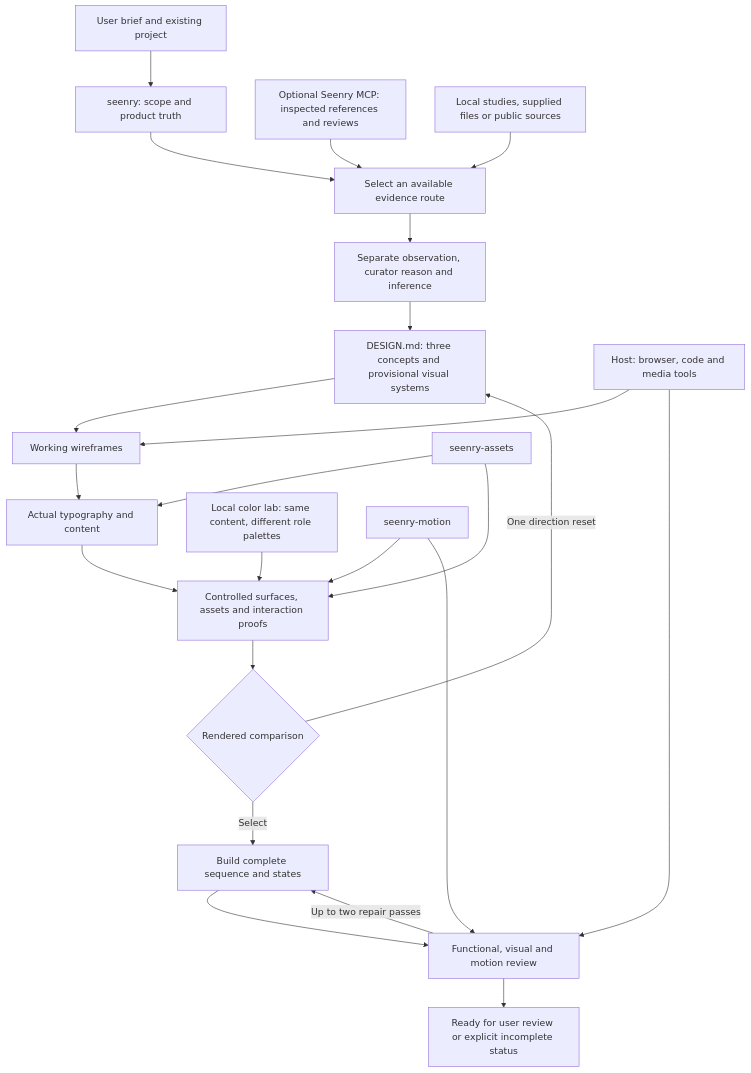
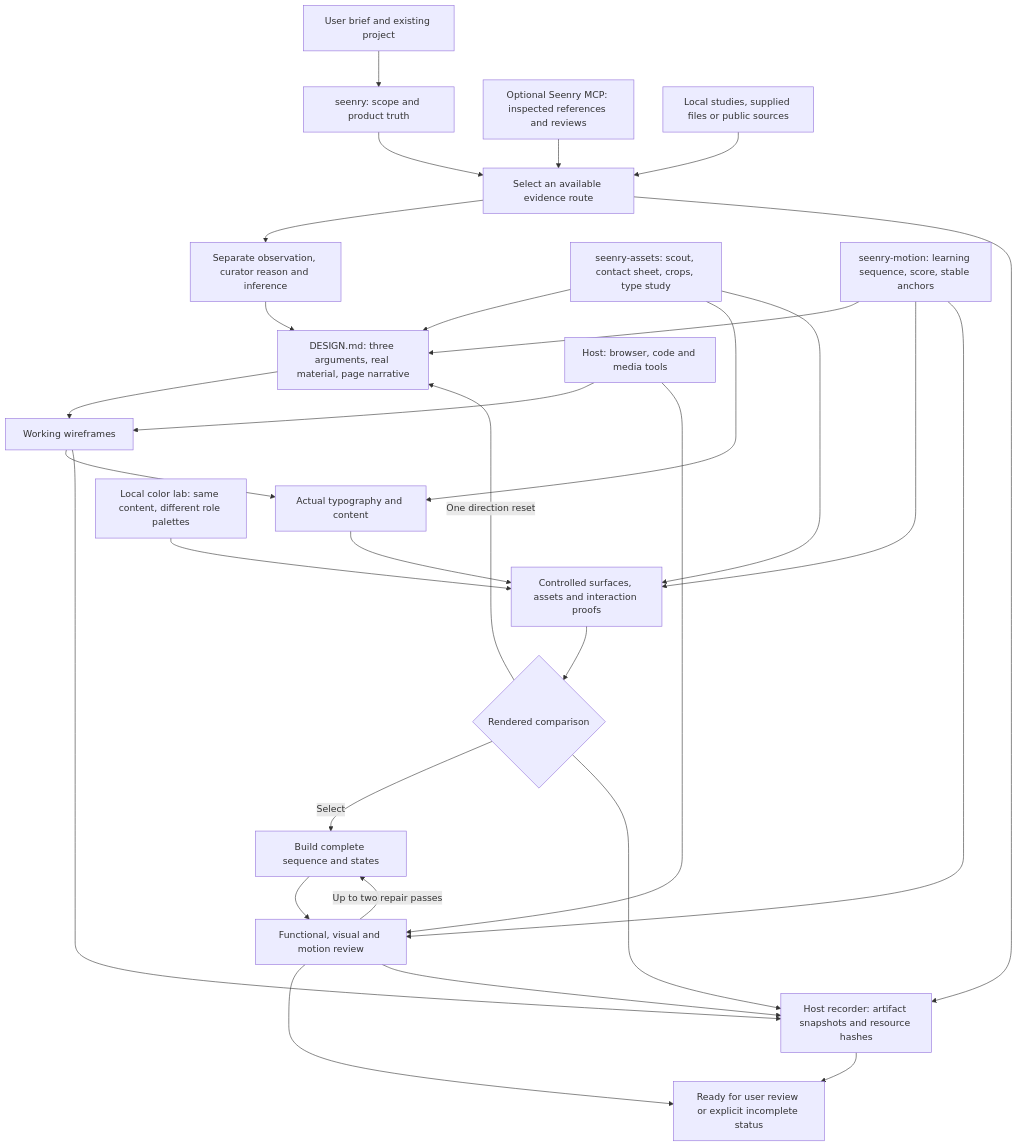
The diagram in ARCHITECTURE.md (ayangabryl/seenry-skills), drawn with Mermaid before and after one commit. The commit also changed other lines of this file and 31 other files, not shown here.

Commit message:
Add executable material studies and design evidence gates

````diff
--- a/ARCHITECTURE.md
+++ b/ARCHITECTURE.md
@@ -5,25 +5,32 @@
 ```mermaid
 flowchart TD
   U[User brief and existing project] --> S[seenry: scope and product truth]
   S --> R[Select an available evidence route]
   M[Optional Seenry MCP: inspected references and reviews] --> R
   L[Local studies, supplied files or public sources] --> R
   R --> E[Separate observation, curator reason and inference]
-  E --> P[DESIGN.md: three concepts and provisional visual systems]
+  E --> P[DESIGN.md: three arguments, real material, page narrative]
   P --> W[Working wireframes]
   W --> T[Actual typography and content]
   T --> V[Controlled surfaces, assets and interaction proofs]
   CL[Local color lab: same content, different role palettes] --> V
   V --> C{Rendered comparison}
   C -->|One direction reset| P
   C -->|Select| B[Build complete sequence and states]
   B --> Q[Functional, visual and motion review]
   Q -->|Up to two repair passes| B
   Q --> F[Ready for user review or explicit incomplete status]
-  A[seenry-assets] --> T
+  A[seenry-assets: scout, contact sheet, crops, type study] --> P
+  A --> T
   A --> V
-  O[seenry-motion] --> V
+  O[seenry-motion: learning sequence, score, stable anchors] --> P
+  O --> V
   O --> Q
   H[Host: browser, code and media tools] --> W
   H --> Q
+  R --> REC[Host recorder: artifact snapshots and resource hashes]
+  W --> REC
+  C --> REC
+  Q --> REC
+  REC --> F
 ```
````
